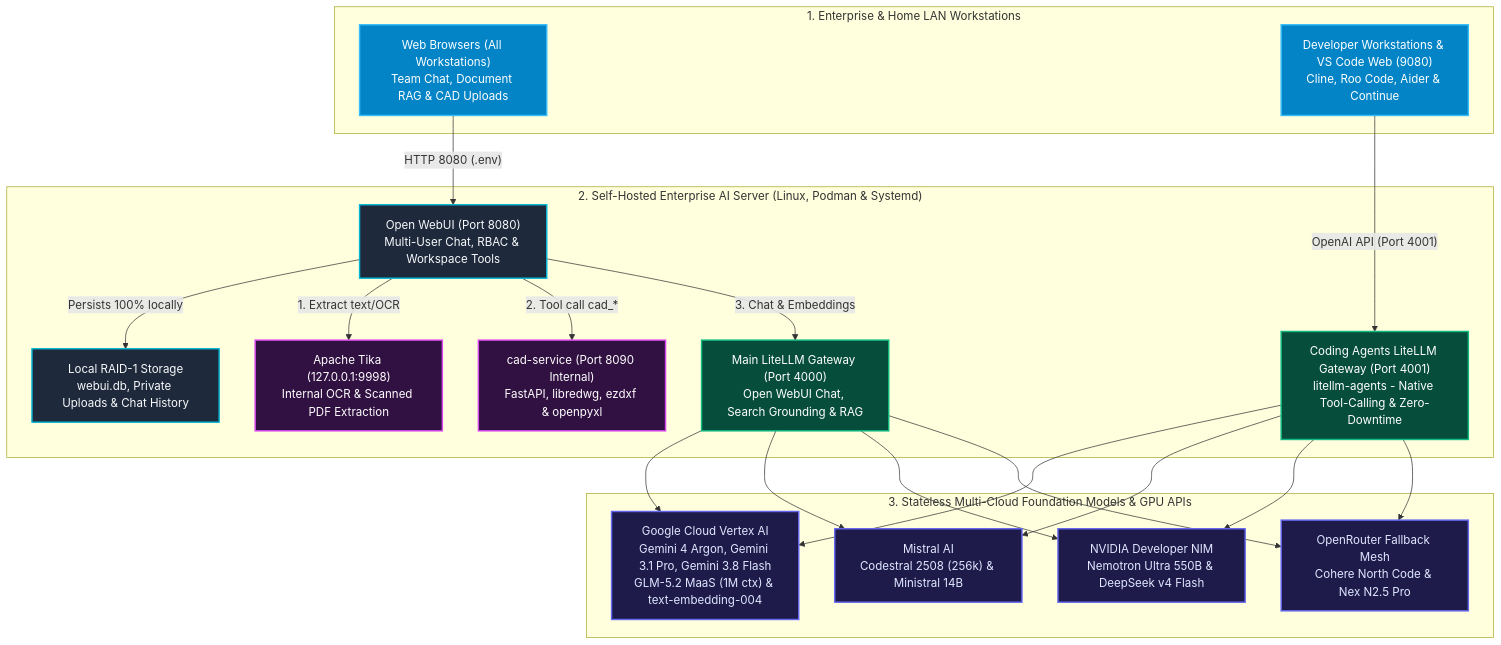
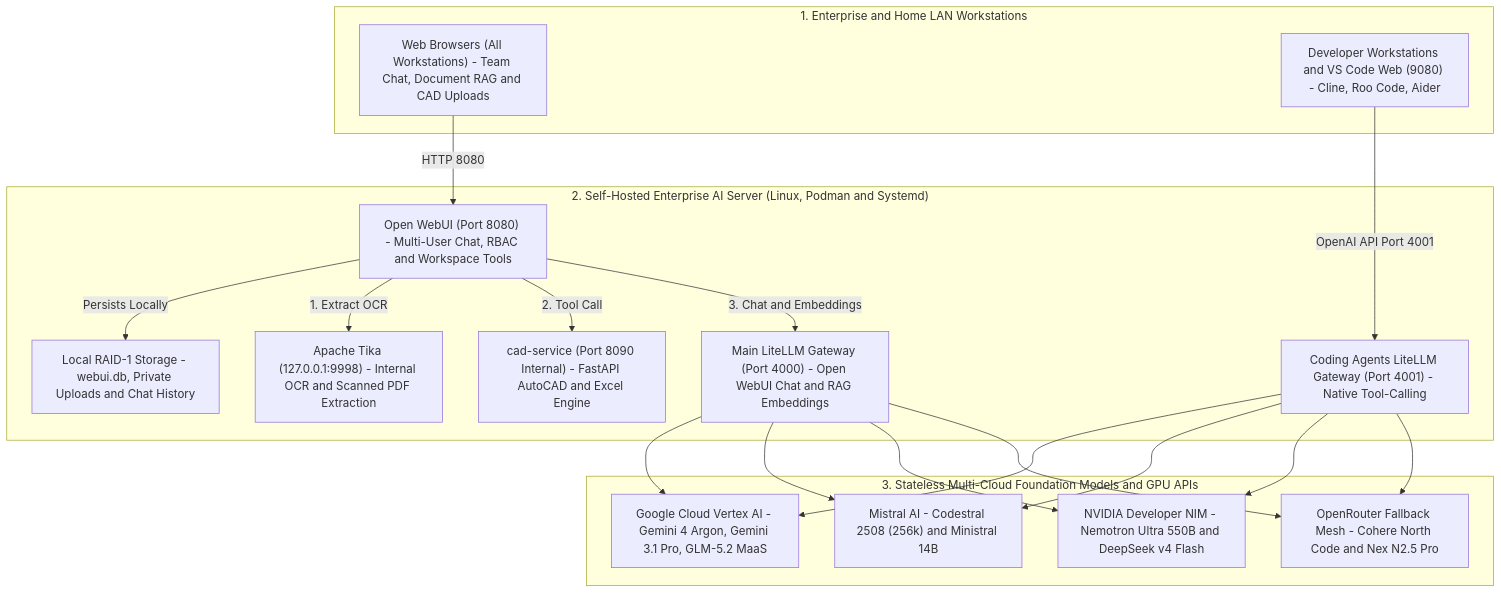
The first of 2 diagrams in README.md (AI-Governance-Lab/private-enterprise-ai-hub), drawn with Mermaid before and after one commit.

Commit message:
fix(readme): remove HTML br and ampersands in Mermaid for Chrome GitHub viewscreen

````diff
--- a/README.md
+++ b/README.md
@@ -56,53 +56,40 @@
 ```mermaid
-flowchart TB
-    subgraph Clients ["1. Enterprise & Home LAN Workstations"]
-        Browser["Web Browsers (All Workstations)<br/>Team Chat, Document RAG & CAD Uploads"]
-        IDEs["Developer Workstations & VS Code Web (9080)<br/>Cline, Roo Code, Aider & Continue"]
+graph TD
+    subgraph Clients["1. Enterprise and Home LAN Workstations"]
+        Browser["Web Browsers (All Workstations) - Team Chat, Document RAG and CAD Uploads"]
+        IDEs["Developer Workstations and VS Code Web (9080) - Cline, Roo Code, Aider"]
     end
 
-    subgraph Host ["2. Self-Hosted Enterprise AI Server (Linux, Podman & Systemd)"]
-        WebUI["Open WebUI (Port 8080)<br/>Multi-User Chat, RBAC & Workspace Tools"]
-        RAID["Local RAID-1 Storage<br/>webui.db, Private Uploads & Chat History"]
-        ProxyChat["Main LiteLLM Gateway (Port 4000)<br/>Open WebUI Chat, Search Grounding & RAG"]
-        ProxyAgents["Coding Agents LiteLLM Gateway (Port 4001)<br/>litellm-agents - Native Tool-Calling & Zero-Downtime"]
-        Tika["Apache Tika (127.0.0.1:9998)<br/>Internal OCR & Scanned PDF Extraction"]
-        CAD["cad-service (Port 8090 Internal)<br/>FastAPI, libredwg, ezdxf & openpyxl"]
+    subgraph Host["2. Self-Hosted Enterprise AI Server (Linux, Podman and Systemd)"]
+        WebUI["Open WebUI (Port 8080) - Multi-User Chat, RBAC and Workspace Tools"]
+        RAID["Local RAID-1 Storage - webui.db, Private Uploads and Chat History"]
+        ProxyChat["Main LiteLLM Gateway (Port 4000) - Open WebUI Chat and RAG Embeddings"]
+        ProxyAgents["Coding Agents LiteLLM Gateway (Port 4001) - Native Tool-Calling"]
+        Tika["Apache Tika (127.0.0.1:9998) - Internal OCR and Scanned PDF Extraction"]
+        CAD["cad-service (Port 8090 Internal) - FastAPI AutoCAD and Excel Engine"]
     end
 
-    subgraph CloudProviders ["3. Stateless Multi-Cloud Foundation Models & GPU APIs"]
-        Vertex["Google Cloud Vertex AI<br/>Gemini 4 Argon, Gemini 3.1 Pro, Gemini 3.8 Flash<br/>GLM-5.2 MaaS (1M ctx) & text-embedding-004"]
-        Mistral["Mistral AI<br/>Codestral 2508 (256k) & Ministral 14B"]
-        NIM["NVIDIA Developer NIM<br/>Nemotron Ultra 550B & DeepSeek v4 Flash"]
-        OR["OpenRouter Fallback Mesh<br/>Cohere North Code & Nex N2.5 Pro"]
+    subgraph CloudProviders["3. Stateless Multi-Cloud Foundation Models and GPU APIs"]
+        Vertex["Google Cloud Vertex AI - Gemini 4 Argon, Gemini 3.1 Pro, GLM-5.2 MaaS"]
+        Mistral["Mistral AI - Codestral 2508 (256k) and Ministral 14B"]
+        NIM["NVIDIA Developer NIM - Nemotron Ultra 550B and DeepSeek v4 Flash"]
+        OR["OpenRouter Fallback Mesh - Cohere North Code and Nex N2.5 Pro"]
     end
 
-    Browser -->|"HTTP 8080 (.env)"| WebUI
-    WebUI -->|"Persists 100% locally"| RAID
-    WebUI -->|"1. Extract text/OCR"| Tika
-    WebUI -->|"2. Tool call cad_*"| CAD
-    WebUI -->|"3. Chat & Embeddings"| ProxyChat
-    IDEs -->|"OpenAI API (Port 4001)"| ProxyAgents
+    Browser -->|HTTP 8080| WebUI
+    WebUI -->|Persists Locally| RAID
+    WebUI -->|1. Extract OCR| Tika
+    WebUI -->|2. Tool Call| CAD
+    WebUI -->|3. Chat and Embeddings| ProxyChat
+    IDEs -->|OpenAI API Port 4001| ProxyAgents
 
     ProxyChat --> Vertex
     ProxyChat --> Mistral
     ProxyChat --> NIM
     ProxyChat --> OR
 
     ProxyAgents --> Vertex
     ProxyAgents --> Mistral
     ProxyAgents --> NIM
     ProxyAgents --> OR
-
-    style Browser fill:#0284c7,stroke:#38bdf8,stroke-width:2px,color:#ffffff
-    style IDEs fill:#0284c7,stroke:#38bdf8,stroke-width:2px,color:#ffffff
-    style WebUI fill:#1e293b,stroke:#06b6d4,stroke-width:2px,color:#f8fafc
-    style RAID fill:#1e293b,stroke:#06b6d4,stroke-width:2px,color:#f8fafc
-    style ProxyChat fill:#064e3b,stroke:#10b981,stroke-width:2px,color:#ffffff
-    style ProxyAgents fill:#064e3b,stroke:#10b981,stroke-width:2px,color:#ffffff
-    style Tika fill:#311042,stroke:#d946ef,stroke-width:2px,color:#ffffff
-    style CAD fill:#311042,stroke:#d946ef,stroke-width:2px,color:#ffffff
-    style Vertex fill:#1e1b4b,stroke:#6366f1,stroke-width:2px,color:#e0e7ff
-    style Mistral fill:#1e1b4b,stroke:#6366f1,stroke-width:2px,color:#e0e7ff
-    style NIM fill:#1e1b4b,stroke:#6366f1,stroke-width:2px,color:#e0e7ff
-    style OR fill:#1e1b4b,stroke:#6366f1,stroke-width:2px,color:#e0e7ff
 ```
````
